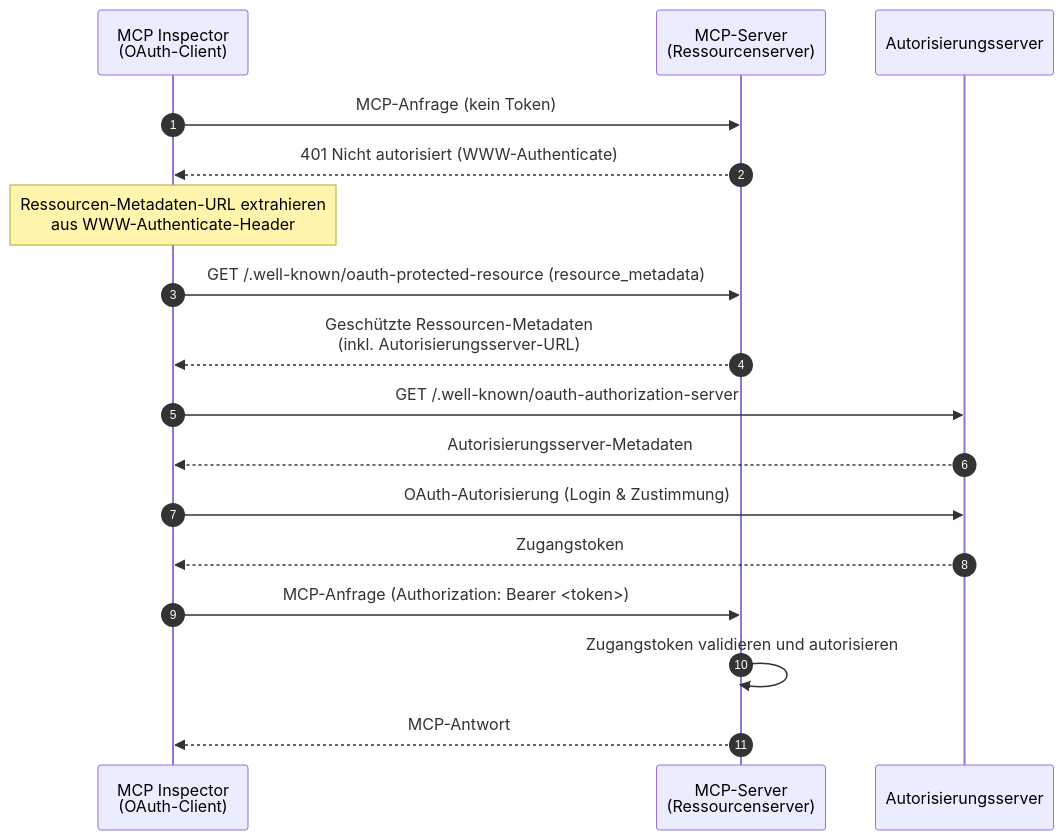
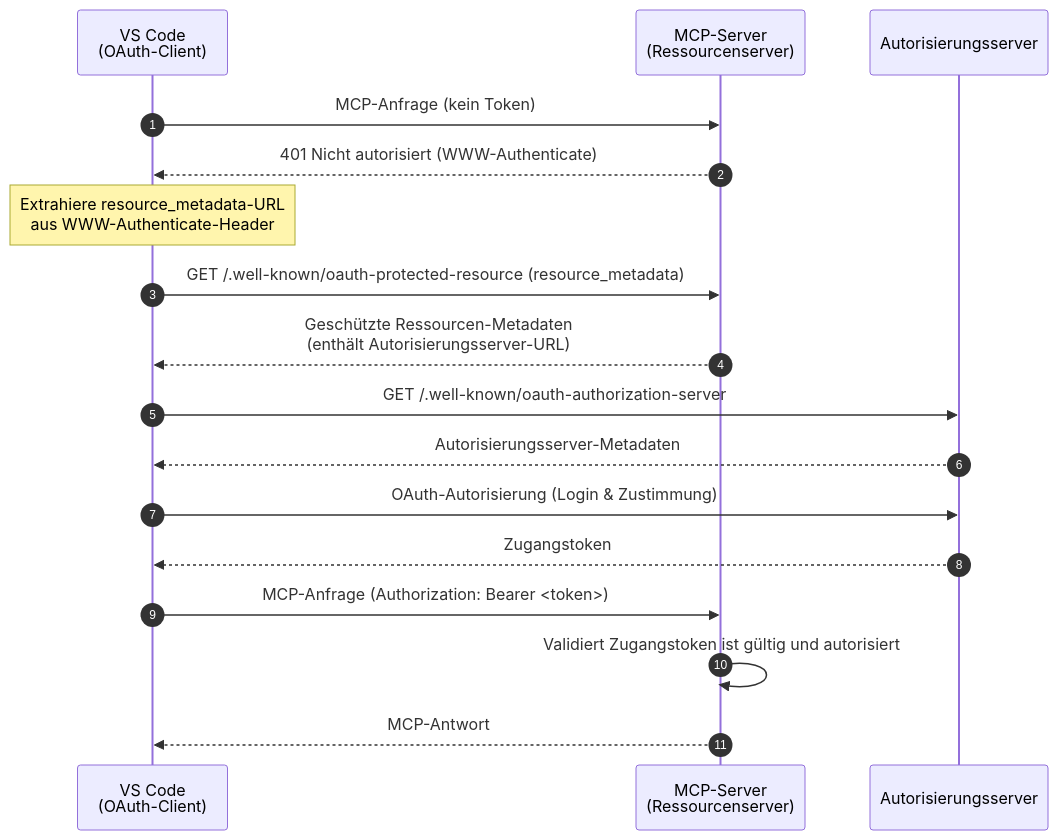
The first of 2 diagrams in i18n/de/docusaurus-plugin-content-docs/current/tutorials/todo-manager/README.mdx (mcp-auth/docs), drawn with Mermaid before and after one commit. The commit also changed other lines of this file and 18 other files, not shown here.

````diff
--- a/i18n/de/docusaurus-plugin-content-docs/current/tutorials/todo-manager/README.mdx
+++ b/i18n/de/docusaurus-plugin-content-docs/current/tutorials/todo-manager/README.mdx
@@ -38,23 +40,23 @@
 ```mermaid
 sequenceDiagram
   autonumber
-  participant Client as MCP Inspector<br/>(OAuth-Client)
+  participant Client as VS Code<br/>(OAuth-Client)
   participant RS as MCP-Server<br/>(Ressourcenserver)
   participant AS as Autorisierungsserver
 
   Client->>RS: MCP-Anfrage (kein Token)
   RS-->>Client: 401 Nicht autorisiert (WWW-Authenticate)
-  Note over Client: Ressourcen-Metadaten-URL extrahieren<br/>aus WWW-Authenticate-Header
+  Note over Client: Extrahiere resource_metadata-URL<br/>aus WWW-Authenticate-Header
 
   Client->>RS: GET /.well-known/oauth-protected-resource (resource_metadata)
-  RS-->>Client: Geschützte Ressourcen-Metadaten<br/>(inkl. Autorisierungsserver-URL)
+  RS-->>Client: Geschützte Ressourcen-Metadaten<br/>(enthält Autorisierungsserver-URL)
 
   Client->>AS: GET /.well-known/oauth-authorization-server
   AS-->>Client: Autorisierungsserver-Metadaten
   Client->>AS: OAuth-Autorisierung (Login & Zustimmung)
   AS-->>Client: Zugangstoken
 
   Client->>RS: MCP-Anfrage (Authorization: Bearer <token>)
-  RS->>RS: Zugangstoken validieren und autorisieren
+  RS->>RS: Validiert Zugangstoken ist gültig und autorisiert
   RS-->>Client: MCP-Antwort
 ```
````
